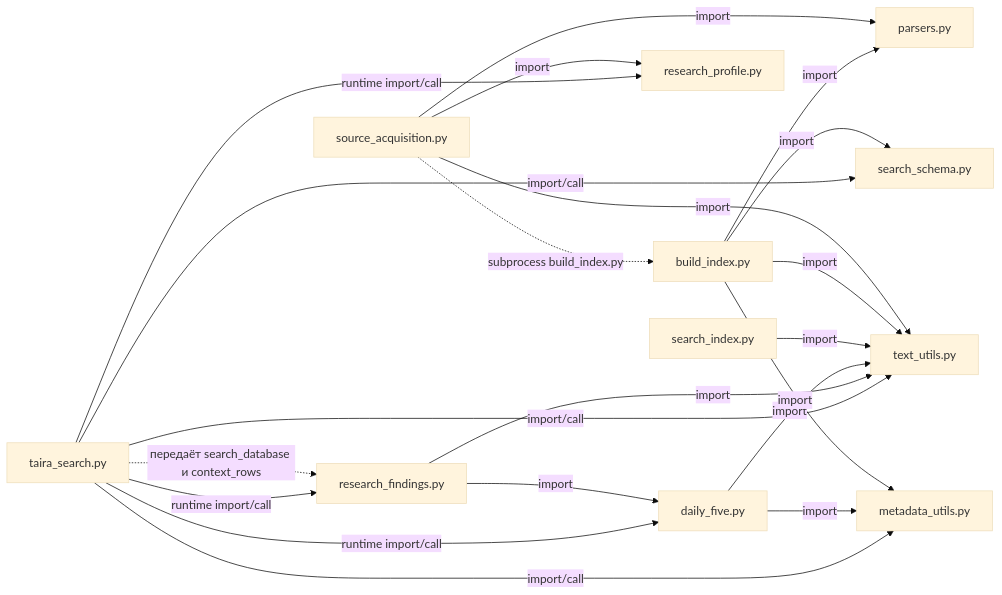
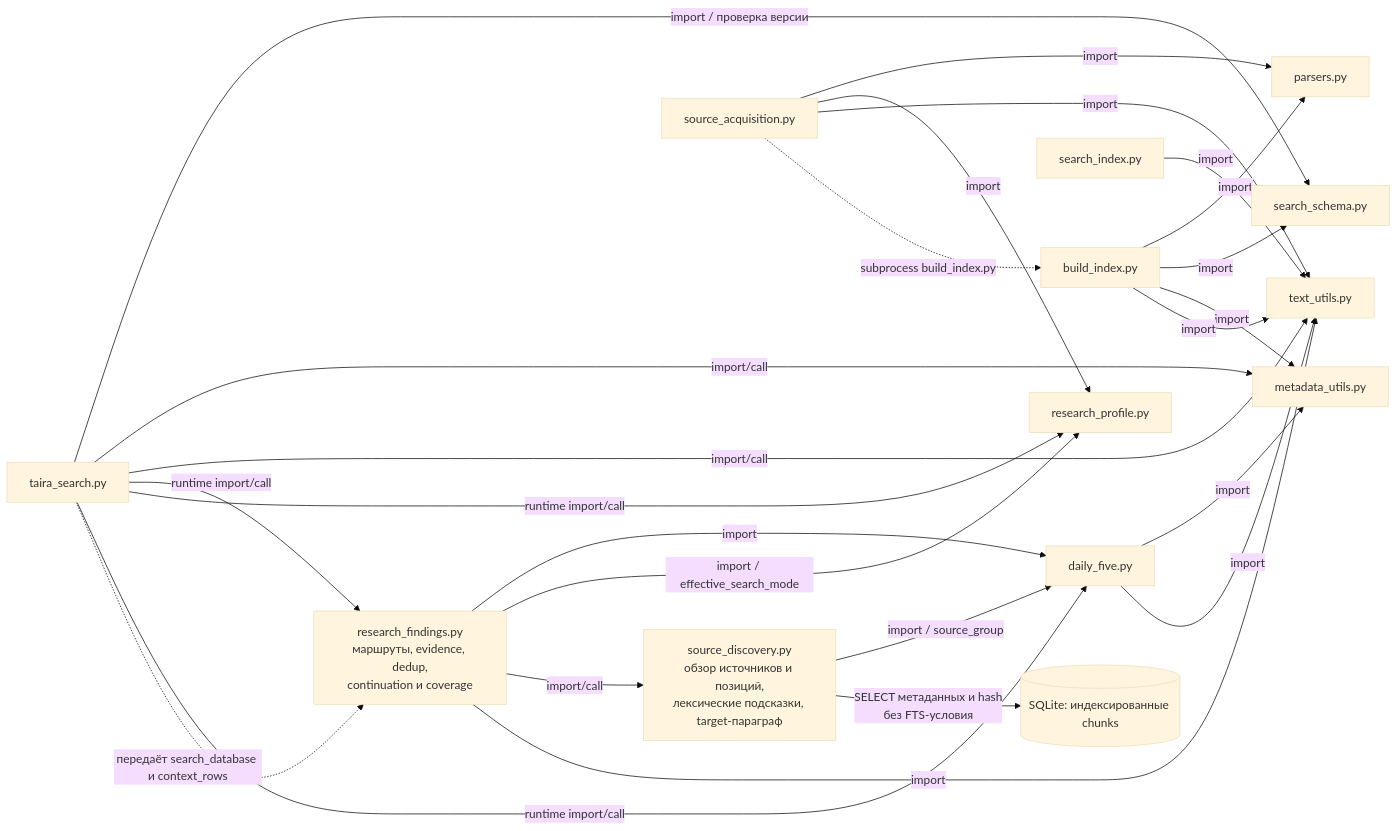
One commit to Shellyspike/TairaSearch changed the third of 3 diagrams in docs/analysis/architecture.ru.md. Above: the diagram before and after it, drawn with Mermaid (base theme). The commit also changed other lines of this file and 24 other files, not shown here.

````diff
--- a/docs/analysis/architecture.ru.md
+++ b/docs/analysis/architecture.ru.md
@@ -149,40 +159,46 @@
 ```mermaid
 flowchart LR
     ts["taira_search.py"]
-    rf["research_findings.py"]
+    rf["research_findings.py<br/>маршруты, evidence, dedup,<br/>continuation и coverage"]
+    sd["source_discovery.py<br/>обзор источников и позиций,<br/>лексические подсказки, target-параграф"]
+    db[("SQLite: индексированные chunks")]
     df["daily_five.py"]
     rp["research_profile.py"]
     si["search_index.py"]
     bi["build_index.py"]
     sa["source_acquisition.py"]
     parsers["parsers.py"]
     schema["search_schema.py"]
     meta["metadata_utils.py"]
     text["text_utils.py"]
 
-    ts -->|"import/call"| schema
+    ts -->|"import / проверка версии"| schema
     ts -->|"import/call"| meta
     ts -->|"import/call"| text
     ts -->|"runtime import/call"| rf
     ts -->|"runtime import/call"| rp
     ts -->|"runtime import/call"| df
     ts -.->|"передаёт search_database и context_rows"| rf
 
     rf -->|"import"| df
+    rf -->|"import / effective_search_mode"| rp
+    rf -->|"import/call"| sd
     rf -->|"import"| text
+    sd -->|"import / source_group"| df
+    sd -->|"SELECT метаданных и hash<br/>без FTS-условия"| db
 
     df -->|"import"| meta
     df -->|"import"| text
 
     si -->|"import"| text
 
     bi -->|"import"| parsers
     bi -->|"import"| schema
     bi -->|"import"| meta
     bi -->|"import"| text
 
     sa -->|"import"| parsers
     sa -->|"import"| rp
     sa -->|"import"| text
     sa -.->|"subprocess build_index.py"| bi
 ```
````
